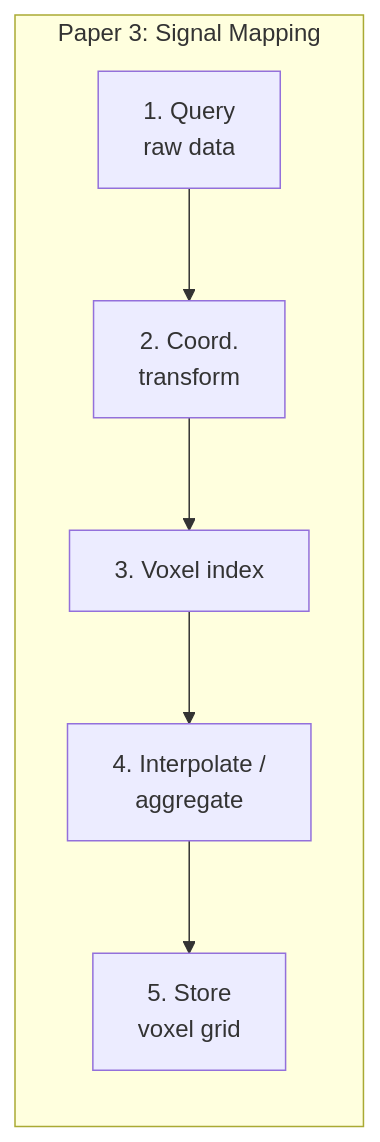
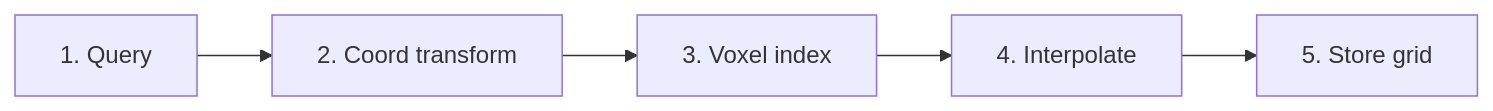
Before and after one commit to kanhaiya-gupta/AM-QADF-Research-Output: the third of 3 diagrams in README.md, drawn with Mermaid. The commit also changed other lines of this file, not shown here.

````diff
--- a/README.md
+++ b/README.md
@@ -142,11 +123,4 @@
 ```mermaid
 flowchart LR
-    subgraph P3["Paper 3: Signal Mapping"]
-        A["1. Query<br/>raw data"]
-        B["2. Coord.<br/>transform"]
-        C["3. Voxel index"]
-        D["4. Interpolate /<br/>aggregate"]
-        E["5. Store<br/>voxel grid"]
-        A --> B --> C --> D --> E
-    end
+    A[1. Query] --> B[2. Coord transform] --> C[3. Voxel index] --> D[4. Interpolate] --> E[5. Store grid]
 ```
````
